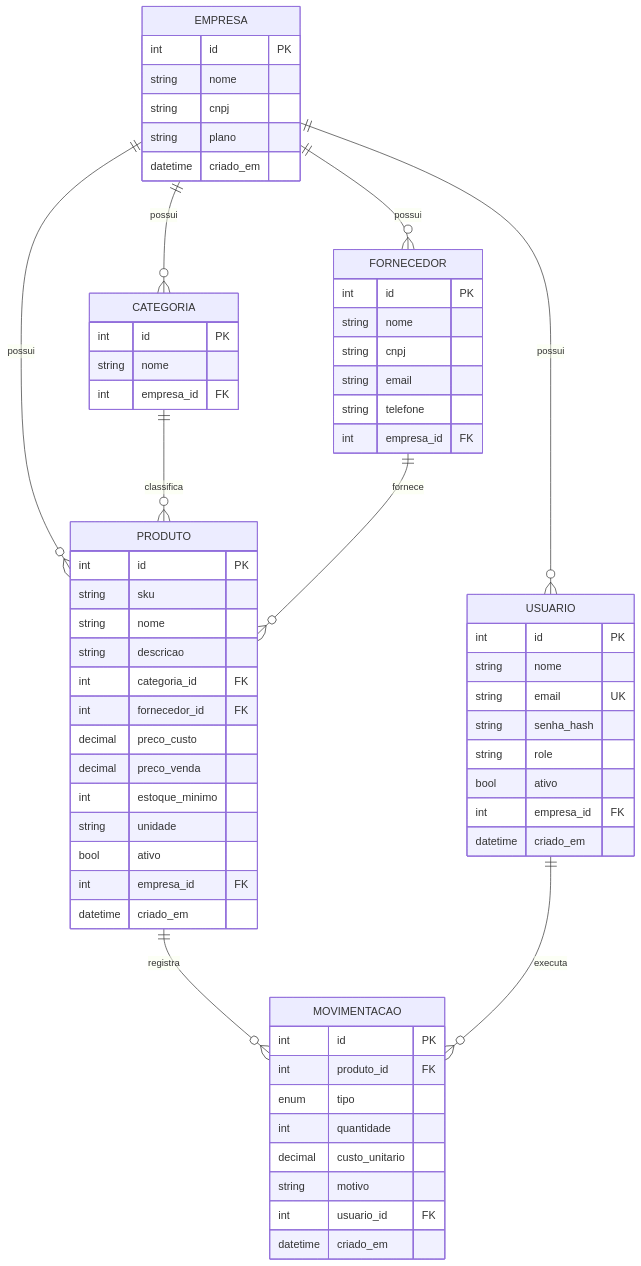
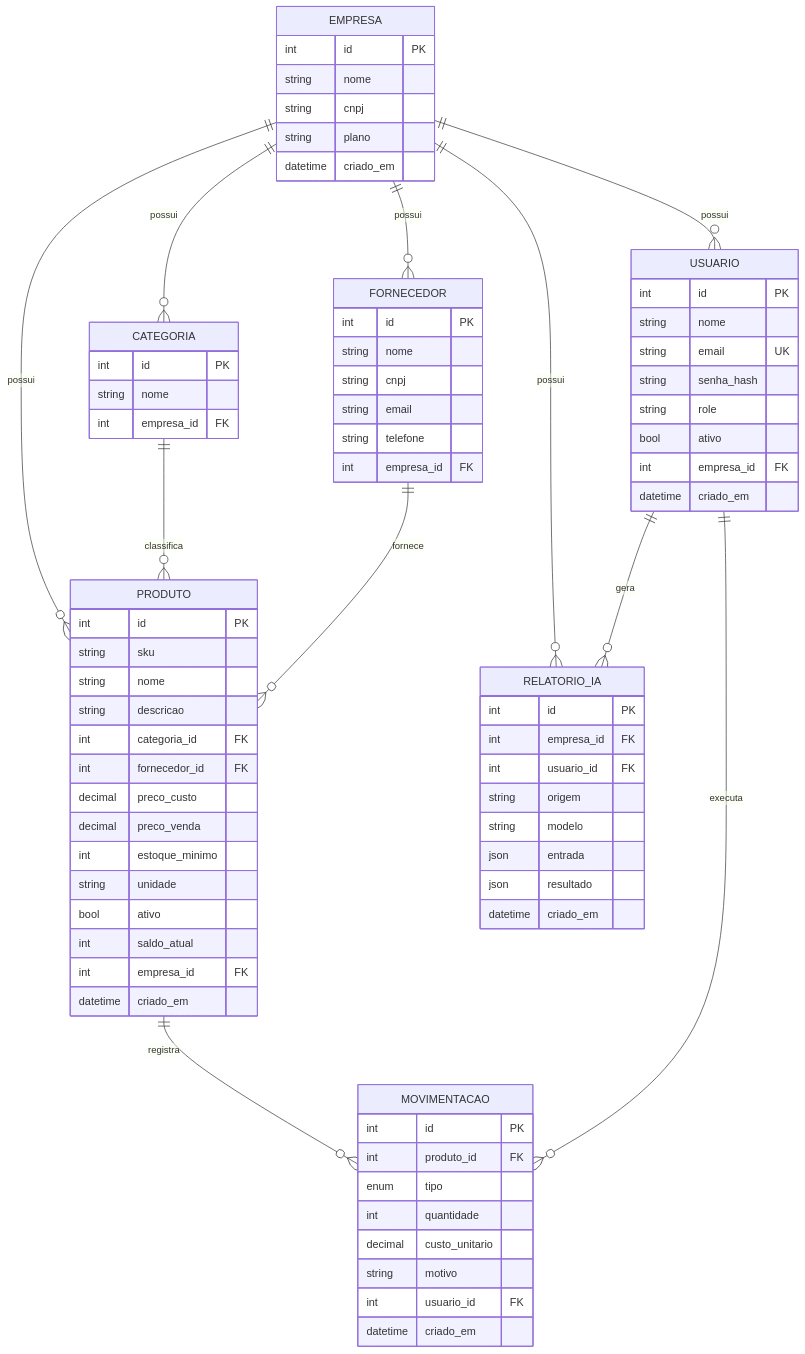
One commit to terrafelipe/back-end-cp-python changed the diagram in README.md. Above: the diagram before and after it, drawn with Mermaid. The commit also changed other lines of this file and 16 other files, not shown here.

First line of the commit message:
Adiciona cache de saldo, indices de FK e tabela relatorio_ia

````diff
--- a/README.md
+++ b/README.md
@@ -140,67 +140,80 @@
 ```mermaid
 erDiagram
     EMPRESA ||--o{ USUARIO : possui
     EMPRESA ||--o{ CATEGORIA : possui
     EMPRESA ||--o{ FORNECEDOR : possui
     EMPRESA ||--o{ PRODUTO : possui
     CATEGORIA ||--o{ PRODUTO : classifica
     FORNECEDOR ||--o{ PRODUTO : fornece
     PRODUTO ||--o{ MOVIMENTACAO : registra
+    EMPRESA ||--o{ RELATORIO_IA : possui
+    USUARIO ||--o{ RELATORIO_IA : gera
     USUARIO ||--o{ MOVIMENTACAO : executa
 
     EMPRESA {
         int id PK
         string nome
         string cnpj
         string plano
         datetime criado_em
     }
     USUARIO {
         int id PK
         string nome
         string email UK
         string senha_hash
         string role
         bool ativo
         int empresa_id FK
         datetime criado_em
     }
     CATEGORIA {
         int id PK
         string nome
         int empresa_id FK
     }
     FORNECEDOR {
         int id PK
         string nome
         string cnpj
         string email
         string telefone
         int empresa_id FK
     }
     PRODUTO {
         int id PK
         string sku
         string nome
         string descricao
         int categoria_id FK
         int fornecedor_id FK
         decimal preco_custo
         decimal preco_venda
         int estoque_minimo
         string unidade
         bool ativo
+        int saldo_atual
         int empresa_id FK
+        datetime criado_em
+    }
+    RELATORIO_IA {
+        int id PK
+        int empresa_id FK
+        int usuario_id FK
+        string origem
+        string modelo
+        json entrada
+        json resultado
         datetime criado_em
     }
     MOVIMENTACAO {
         int id PK
         int produto_id FK
         enum tipo
         int quantidade
         decimal custo_unitario
         string motivo
         int usuario_id FK
         datetime criado_em
     }
 ```
````
